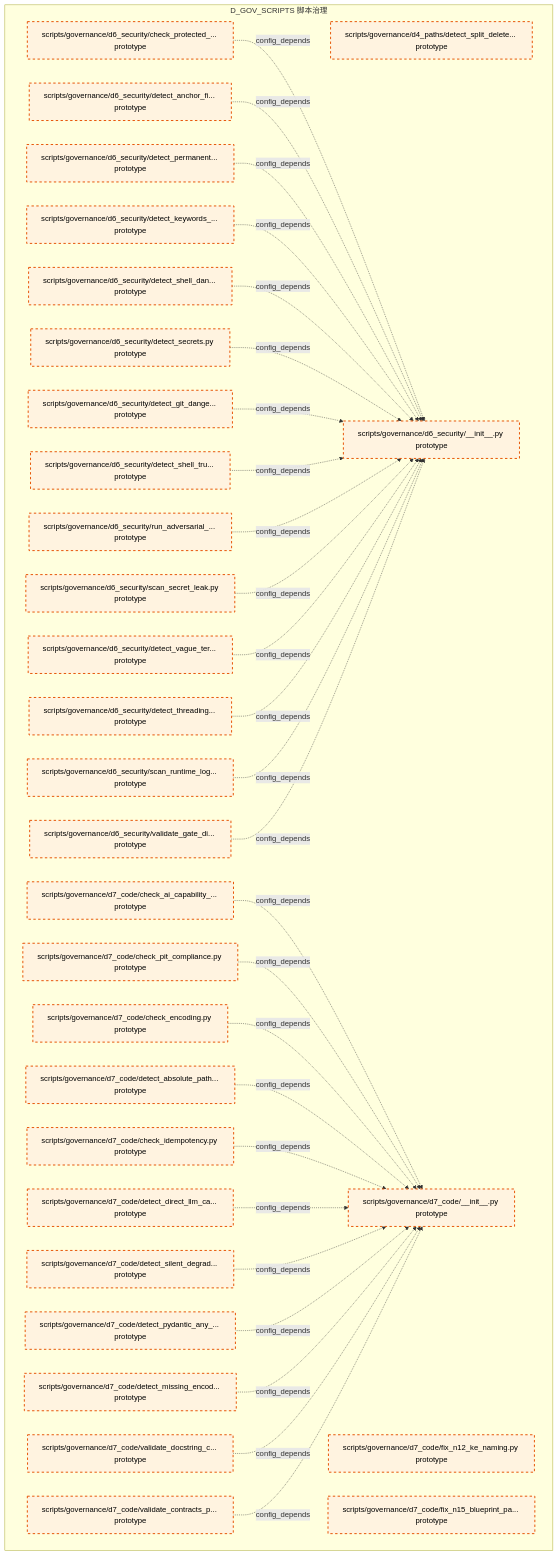
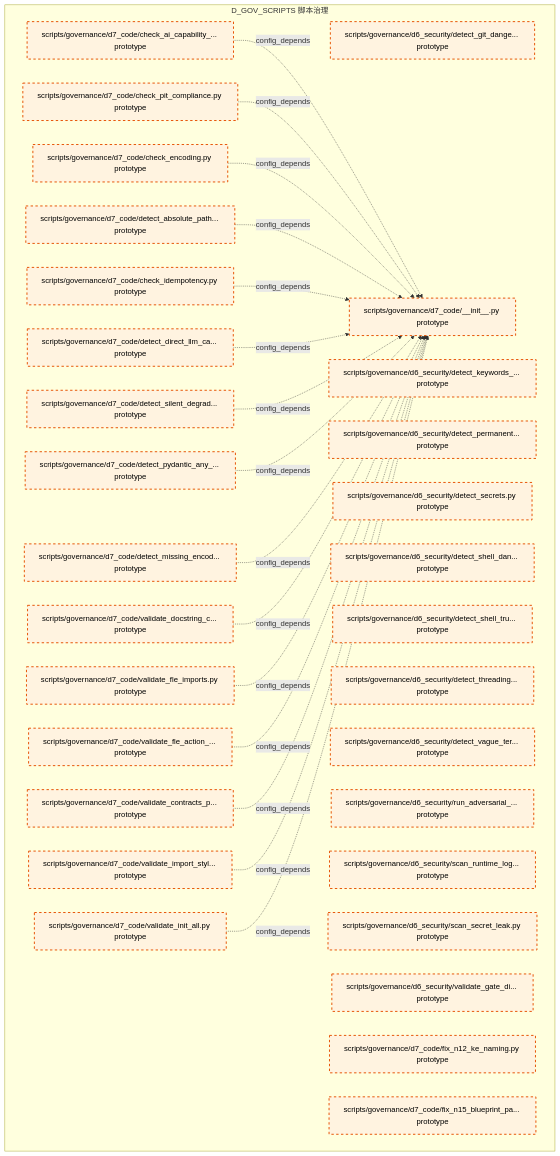
Before and after one commit to xuanFelixVan/ZephyrAlpha: the eighth of 13 diagrams in docs/02_enterprise_architecture/02_domain_architecture_docs/39_d_gov_scripts.md, drawn with Mermaid. The commit also changed other lines of this file and 52 other files, not shown here.

````diff
--- a/docs/02_enterprise_architecture/02_domain_architecture_docs/39_d_gov_scripts.md
+++ b/docs/02_enterprise_architecture/02_domain_architecture_docs/39_d_gov_scripts.md
@@ -517,65 +513,55 @@
 ```mermaid
 graph TD
     subgraph D_GOV_SCRIPTS["D_GOV_SCRIPTS 脚本治理"]
-        scripts_governance_d4_paths_detect_split_delete_ref_commit_py["scripts/governance/d4_paths/detect_split_delete... prototype"]
-        scripts_governance_d6_security_init_py["scripts/governance/d6_security/__init__.py prototype"]
-        scripts_governance_d6_security_check_protected_paths_py["scripts/governance/d6_security/check_protected_... prototype"]
-        scripts_governance_d6_security_detect_anchor_file_deletion_py["scripts/governance/d6_security/detect_anchor_fi... prototype"]
         scripts_governance_d6_security_detect_git_dangerous_py["scripts/governance/d6_security/detect_git_dange... prototype"]
         scripts_governance_d6_security_detect_keywords_in_logs_py["scripts/governance/d6_security/detect_keywords_... prototype"]
         scripts_governance_d6_security_detect_permanent_file_deletion_py["scripts/governance/d6_security/detect_permanent... prototype"]
         scripts_governance_d6_security_detect_secrets_py["scripts/governance/d6_security/detect_secrets.py prototype"]
         scripts_governance_d6_security_detect_shell_dangerous_py["scripts/governance/d6_security/detect_shell_dan... prototype"]
         scripts_governance_d6_security_detect_shell_true_py["scripts/governance/d6_security/detect_shell_tru... prototype"]
         scripts_governance_d6_security_detect_threading_lock_py["scripts/governance/d6_security/detect_threading... prototype"]
         scripts_governance_d6_security_detect_vague_terms_py["scripts/governance/d6_security/detect_vague_ter... prototype"]
         scripts_governance_d6_security_run_adversarial_checks_py["scripts/governance/d6_security/run_adversarial_... prototype"]
         scripts_governance_d6_security_scan_runtime_log_secrets_py["scripts/governance/d6_security/scan_runtime_log... prototype"]
         scripts_governance_d6_security_scan_secret_leak_py["scripts/governance/d6_security/scan_secret_leak.py prototype"]
         scripts_governance_d6_security_validate_gate_discipline_py["scripts/governance/d6_security/validate_gate_di... prototype"]
         scripts_governance_d7_code_init_py["scripts/governance/d7_code/__init__.py prototype"]
         scripts_governance_d7_code_check_ai_capability_boundary_py["scripts/governance/d7_code/check_ai_capability_... prototype"]
         scripts_governance_d7_code_check_encoding_py["scripts/governance/d7_code/check_encoding.py prototype"]
         scripts_governance_d7_code_check_idempotency_py["scripts/governance/d7_code/check_idempotency.py prototype"]
         scripts_governance_d7_code_check_pit_compliance_py["scripts/governance/d7_code/check_pit_compliance.py prototype"]
         scripts_governance_d7_code_detect_absolute_path_hardcoding_py["scripts/governance/d7_code/detect_absolute_path... prototype"]
         scripts_governance_d7_code_detect_direct_llm_calls_py["scripts/governance/d7_code/detect_direct_llm_ca... prototype"]
         scripts_governance_d7_code_detect_missing_encoding_py["scripts/governance/d7_code/detect_missing_encod... prototype"]
         scripts_governance_d7_code_detect_pydantic_any_fields_py["scripts/governance/d7_code/detect_pydantic_any_... prototype"]
         scripts_governance_d7_code_detect_silent_degradation_py["scripts/governance/d7_code/detect_silent_degrad... prototype"]
         scripts_governance_d7_code_fix_n12_ke_naming_py["scripts/governance/d7_code/fix_n12_ke_naming.py prototype"]
         scripts_governance_d7_code_fix_n15_blueprint_path_py["scripts/governance/d7_code/fix_n15_blueprint_pa... prototype"]
         scripts_governance_d7_code_validate_contracts_purity_py["scripts/governance/d7_code/validate_contracts_p... prototype"]
         scripts_governance_d7_code_validate_docstring_coverage_py["scripts/governance/d7_code/validate_docstring_c... prototype"]
+        scripts_governance_d7_code_validate_fle_action_metadata_py["scripts/governance/d7_code/validate_fle_action_... prototype"]
+        scripts_governance_d7_code_validate_fle_imports_py["scripts/governance/d7_code/validate_fle_imports.py prototype"]
+        scripts_governance_d7_code_validate_import_style_py["scripts/governance/d7_code/validate_import_styl... prototype"]
+        scripts_governance_d7_code_validate_init_all_py["scripts/governance/d7_code/validate_init_all.py prototype"]
     end
-    scripts_governance_d6_security_check_protected_paths_py -.->|config_depends| scripts_governance_d6_security_init_py
-    scripts_governance_d6_security_detect_anchor_file_deletion_py -.->|config_depends| scripts_governance_d6_security_init_py
-    scripts_governance_d6_security_detect_permanent_file_deletion_py -.->|config_depends| scripts_governance_d6_security_init_py
-    scripts_governance_d6_security_detect_keywords_in_logs_py -.->|config_depends| scripts_governance_d6_security_init_py
-    scripts_governance_d6_security_detect_shell_dangerous_py -.->|config_depends| scripts_governance_d6_security_init_py
-    scripts_governance_d6_security_detect_secrets_py -.->|config_depends| scripts_governance_d6_security_init_py
-    scripts_governance_d6_security_detect_git_dangerous_py -.->|config_depends| scripts_governance_d6_security_init_py
-    scripts_governance_d6_security_detect_shell_true_py -.->|config_depends| scripts_governance_d6_security_init_py
-    scripts_governance_d6_security_run_adversarial_checks_py -.->|config_depends| scripts_governance_d6_security_init_py
-    scripts_governance_d6_security_scan_secret_leak_py -.->|config_depends| scripts_governance_d6_security_init_py
-    scripts_governance_d6_security_detect_vague_terms_py -.->|config_depends| scripts_governance_d6_security_init_py
-    scripts_governance_d6_security_detect_threading_lock_py -.->|config_depends| scripts_governance_d6_security_init_py
-    scripts_governance_d6_security_scan_runtime_log_secrets_py -.->|config_depends| scripts_governance_d6_security_init_py
-    scripts_governance_d6_security_validate_gate_discipline_py -.->|config_depends| scripts_governance_d6_security_init_py
     scripts_governance_d7_code_check_ai_capability_boundary_py -.->|config_depends| scripts_governance_d7_code_init_py
     scripts_governance_d7_code_check_pit_compliance_py -.->|config_depends| scripts_governance_d7_code_init_py
     scripts_governance_d7_code_check_encoding_py -.->|config_depends| scripts_governance_d7_code_init_py
     scripts_governance_d7_code_detect_absolute_path_hardcoding_py -.->|config_depends| scripts_governance_d7_code_init_py
     scripts_governance_d7_code_check_idempotency_py -.->|config_depends| scripts_governance_d7_code_init_py
     scripts_governance_d7_code_detect_direct_llm_calls_py -.->|config_depends| scripts_governance_d7_code_init_py
     scripts_governance_d7_code_detect_silent_degradation_py -.->|config_depends| scripts_governance_d7_code_init_py
     scripts_governance_d7_code_detect_pydantic_any_fields_py -.->|config_depends| scripts_governance_d7_code_init_py
     scripts_governance_d7_code_detect_missing_encoding_py -.->|config_depends| scripts_governance_d7_code_init_py
     scripts_governance_d7_code_validate_docstring_coverage_py -.->|config_depends| scripts_governance_d7_code_init_py
+    scripts_governance_d7_code_validate_fle_imports_py -.->|config_depends| scripts_governance_d7_code_init_py
+    scripts_governance_d7_code_validate_fle_action_metadata_py -.->|config_depends| scripts_governance_d7_code_init_py
     scripts_governance_d7_code_validate_contracts_purity_py -.->|config_depends| scripts_governance_d7_code_init_py
+    scripts_governance_d7_code_validate_import_style_py -.->|config_depends| scripts_governance_d7_code_init_py
+    scripts_governance_d7_code_validate_init_all_py -.->|config_depends| scripts_governance_d7_code_init_py
     classDef production fill:#e1f5fe,stroke:#01579b,stroke-width:2px,color:#000
     classDef design fill:#fff3e0,stroke:#e65100,stroke-width:2px,color:#000,stroke-dasharray: 5 5
     classDef external_prod fill:#e8f5e9,stroke:#1b5e20,stroke-width:1px,color:#000
     classDef external_design fill:#fce4ec,stroke:#880e4f,stroke-width:1px,color:#000,stroke-dasharray: 5 5
-    class scripts_governance_d4_paths_detect_split_delete_ref_commit_py,scripts_governance_d6_security_init_py,scripts_governance_d6_security_check_protected_paths_py,scripts_governance_d6_security_detect_anchor_file_deletion_py,scripts_governance_d6_security_detect_git_dangerous_py,scripts_governance_d6_security_detect_keywords_in_logs_py,scripts_governance_d6_security_detect_permanent_file_deletion_py,scripts_governance_d6_security_detect_secrets_py,scripts_governance_d6_security_detect_shell_dangerous_py,scripts_governance_d6_security_detect_shell_true_py,scripts_governance_d6_security_detect_threading_lock_py,scripts_governance_d6_security_detect_vague_terms_py,scripts_governance_d6_security_run_adversarial_checks_py,scripts_governance_d6_security_scan_runtime_log_secrets_py,scripts_governance_d6_security_scan_secret_leak_py,scripts_governance_d6_security_validate_gate_discipline_py,scripts_governance_d7_code_init_py,scripts_governance_d7_code_check_ai_capability_boundary_py,scripts_governance_d7_code_check_encoding_py,scripts_governance_d7_code_check_idempotency_py,scripts_governance_d7_code_check_pit_compliance_py,scripts_governance_d7_code_detect_absolute_path_hardcoding_py,scripts_governance_d7_code_detect_direct_llm_calls_py,scripts_governance_d7_code_detect_missing_encoding_py,scripts_governance_d7_code_detect_pydantic_any_fields_py,scripts_governance_d7_code_detect_silent_degradation_py,scripts_governance_d7_code_fix_n12_ke_naming_py,scripts_governance_d7_code_fix_n15_blueprint_path_py,scripts_governance_d7_code_validate_contracts_purity_py,scripts_governance_d7_code_validate_docstring_coverage_py design
+    class scripts_governance_d6_security_detect_git_dangerous_py,scripts_governance_d6_security_detect_keywords_in_logs_py,scripts_governance_d6_security_detect_permanent_file_deletion_py,scripts_governance_d6_security_detect_secrets_py,scripts_governance_d6_security_detect_shell_dangerous_py,scripts_governance_d6_security_detect_shell_true_py,scripts_governance_d6_security_detect_threading_lock_py,scripts_governance_d6_security_detect_vague_terms_py,scripts_governance_d6_security_run_adversarial_checks_py,scripts_governance_d6_security_scan_runtime_log_secrets_py,scripts_governance_d6_security_scan_secret_leak_py,scripts_governance_d6_security_validate_gate_discipline_py,scripts_governance_d7_code_init_py,scripts_governance_d7_code_check_ai_capability_boundary_py,scripts_governance_d7_code_check_encoding_py,scripts_governance_d7_code_check_idempotency_py,scripts_governance_d7_code_check_pit_compliance_py,scripts_governance_d7_code_detect_absolute_path_hardcoding_py,scripts_governance_d7_code_detect_direct_llm_calls_py,scripts_governance_d7_code_detect_missing_encoding_py,scripts_governance_d7_code_detect_pydantic_any_fields_py,scripts_governance_d7_code_detect_silent_degradation_py,scripts_governance_d7_code_fix_n12_ke_naming_py,scripts_governance_d7_code_fix_n15_blueprint_path_py,scripts_governance_d7_code_validate_contracts_purity_py,scripts_governance_d7_code_validate_docstring_coverage_py,scripts_governance_d7_code_validate_fle_action_metadata_py,scripts_governance_d7_code_validate_fle_imports_py,scripts_governance_d7_code_validate_import_style_py,scripts_governance_d7_code_validate_init_all_py design
 ```
````
